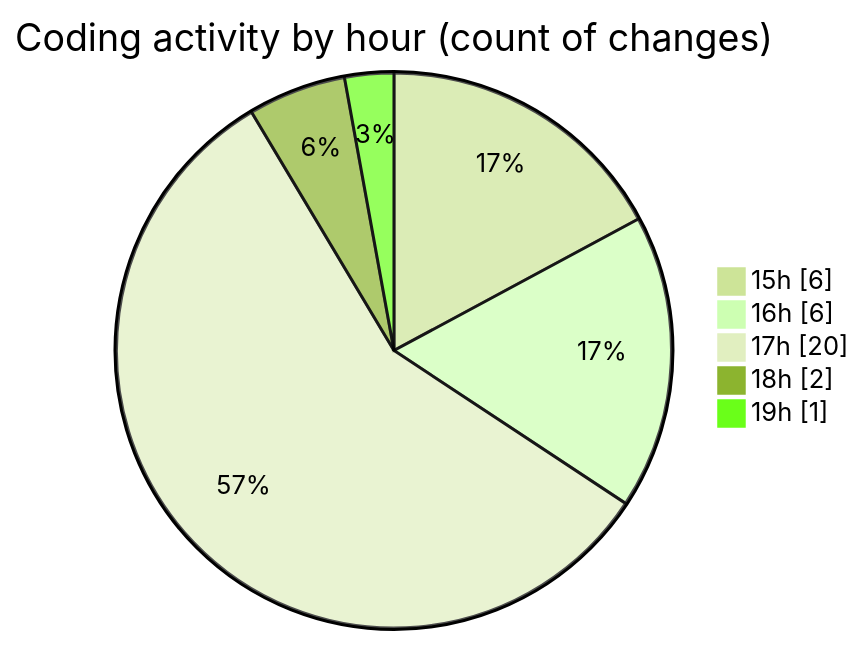
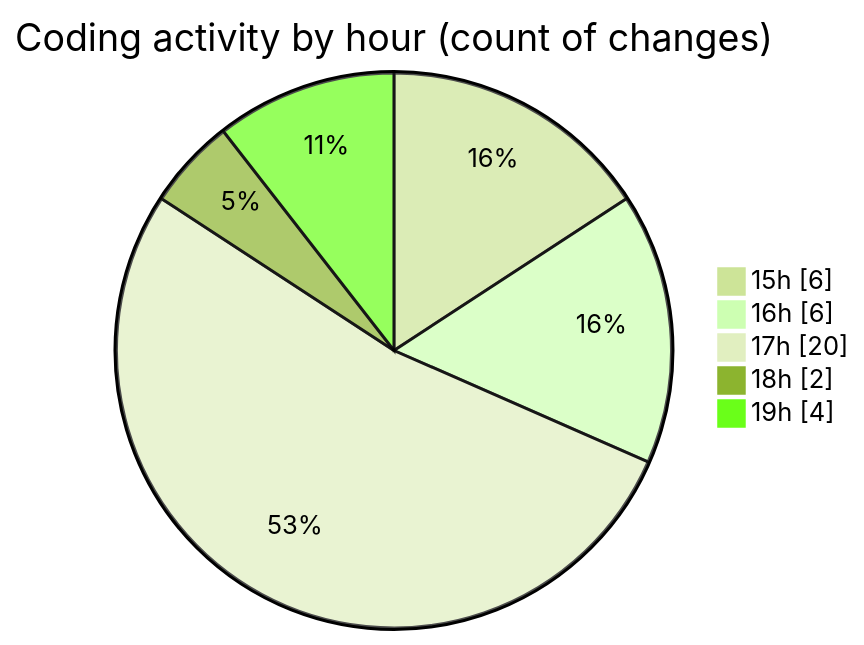
Before and after one commit to momahboobian/code-tracking: the second of 2 diagrams in 2025-03-25/samplepdf/README.md, drawn with Mermaid (forest theme). The commit also changed other lines of this file and 1 other file, not shown here.

````diff
--- a/2025-03-25/samplepdf/README.md
+++ b/2025-03-25/samplepdf/README.md
@@ -32,9 +32,9 @@
 ```mermaid
 pie showData
 title Coding activity by hour (count of changes)
 "15h" : 6
 "16h" : 6
 "17h" : 20
 "18h" : 2
-"19h" : 1
+"19h" : 4
 ```
````
